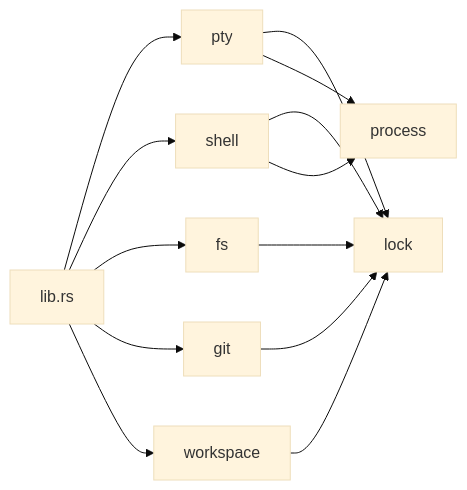
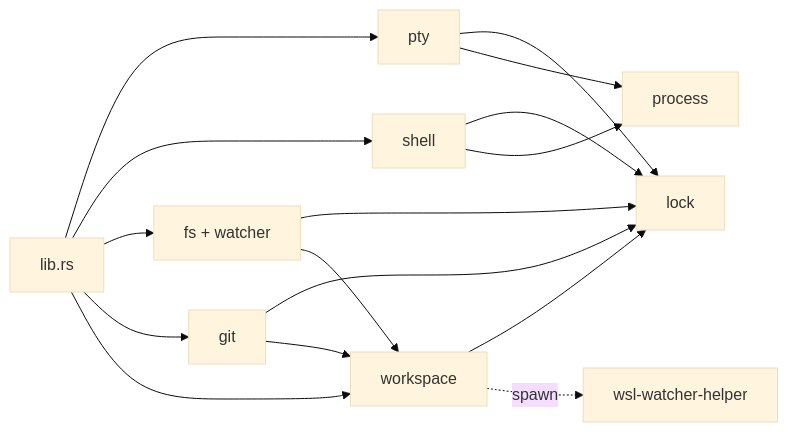
The third of 3 diagrams in docs/architecture/overview.md (xinggaoya/nexterm), drawn with Mermaid (base theme) before and after one commit. The commit also changed other lines of this file and 25 other files, not shown here.

````diff
--- a/docs/architecture/overview.md
+++ b/docs/architecture/overview.md
@@ -87,17 +119,18 @@
 ```mermaid
 graph LR
     A[lib.rs] --> B[pty]
     A --> C[shell]
-    A --> D[fs]
+    A --> D[fs + watcher]
     A --> E[git]
     A --> F[workspace]
-    
     B --> G[lock]
     C --> G
     D --> G
     E --> G
     F --> G
-    
     B --> H[process]
     C --> H
+    D --> F
+    E --> F
+    F -.->|spawn| I[wsl-watcher-helper]
 ```
````
